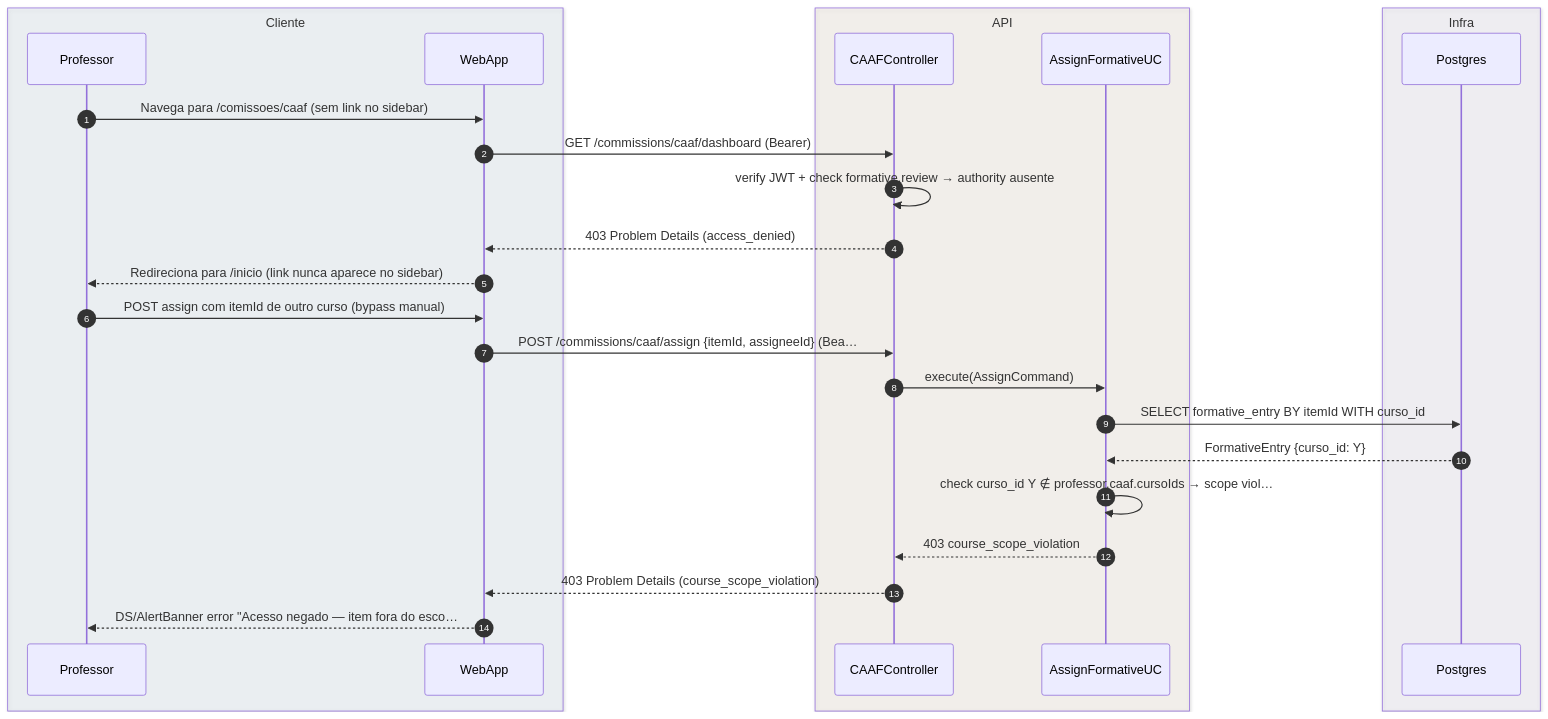
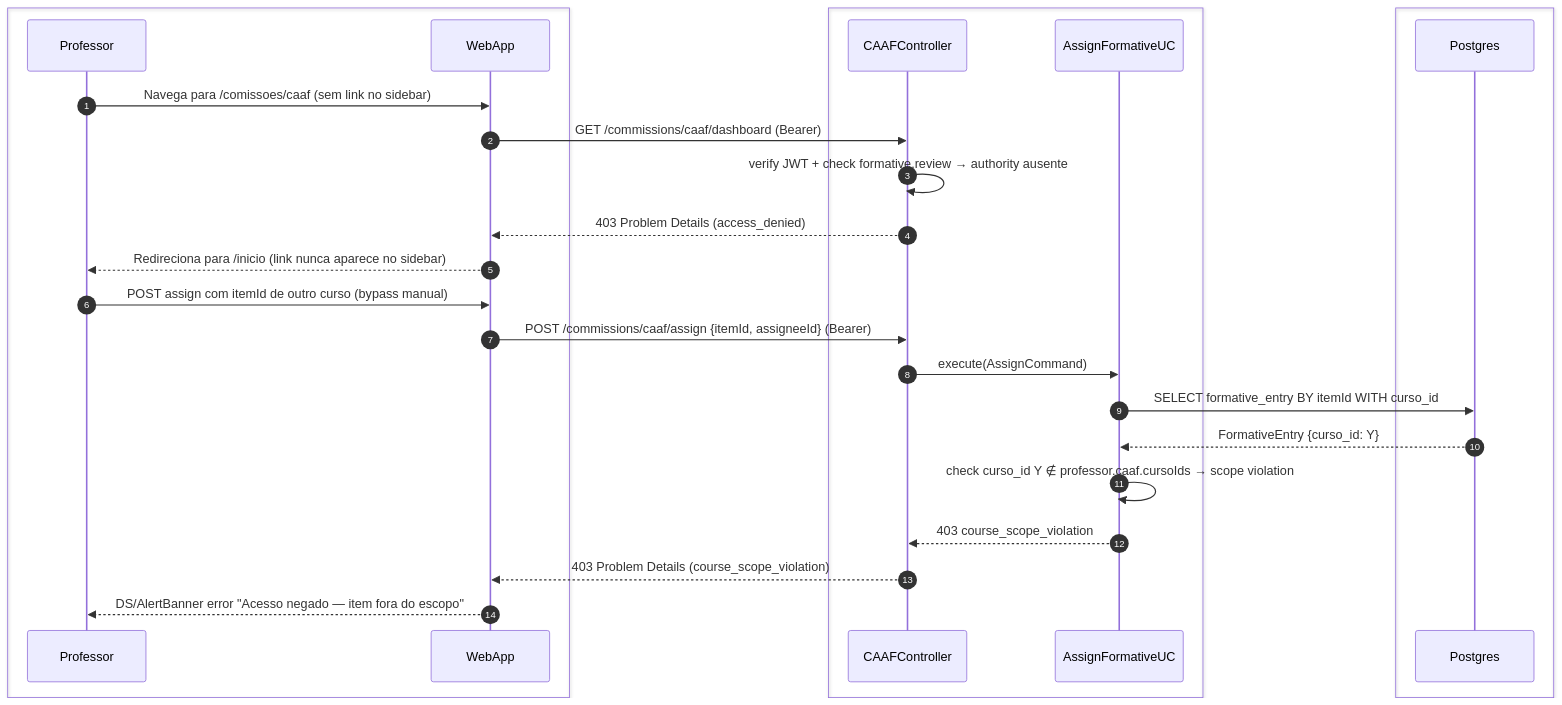
Before and after one commit to umishell/secretariaOnline2: the fifth of 6 diagrams in foundationDocs/sequenceDiagrams/F4 — Comissões/US-F4-001-COMISSAO-CAAF.md, drawn with Mermaid. The commit also changed other lines of this file and 70 other files, not shown here.

First line of the commit message:
Enhance database documentation and introduce new schema files

````diff
--- a/foundationDocs/sequenceDiagrams/F4 — Comissões/US-F4-001-COMISSAO-CAAF.md
+++ b/foundationDocs/sequenceDiagrams/F4 — Comissões/US-F4-001-COMISSAO-CAAF.md
@@ -230,31 +230,31 @@
 ```mermaid
 sequenceDiagram
     autonumber
-    box rgba(230,245,255,0.3) Cliente
+    box #f4f4f4 Cliente
         participant Professor
         participant WebApp
     end
-    box rgba(255,245,230,0.3) API
+    box #f4f4f4 API
         participant CTRL as CAAFController
         participant UC as AssignFormativeUC
     end
-    box rgba(245,240,255,0.3) Infra
+    box #f4f4f4 Infra
         participant DB as Postgres
     end
 
     Professor->>WebApp: Navega para /comissoes/caaf (sem link no sidebar)
     WebApp->>CTRL: GET /commissions/caaf/dashboard (Bearer)
     CTRL->>CTRL: verify JWT + check formative.review → authority ausente
     CTRL-->>WebApp: 403 Problem Details (access_denied)
     WebApp-->>Professor: Redireciona para /inicio (link nunca aparece no sidebar)
 
     Professor->>WebApp: POST assign com itemId de outro curso (bypass manual)
-    WebApp->>CTRL: POST /commissions/caaf/assign {itemId, assigneeId} (Bea…
+    WebApp->>CTRL: POST /commissions/caaf/assign {itemId, assigneeId} (Bearer)
     CTRL->>UC: execute(AssignCommand)
     UC->>DB: SELECT formative_entry BY itemId WITH curso_id
     DB-->>UC: FormativeEntry {curso_id: Y}
-    UC->>UC: check curso_id Y ∉ professor.caaf.cursoIds → scope viol…
+    UC->>UC: check curso_id Y ∉ professor.caaf.cursoIds → scope violation
     UC-->>CTRL: 403 course_scope_violation
     CTRL-->>WebApp: 403 Problem Details (course_scope_violation)
-    WebApp-->>Professor: DS/AlertBanner error "Acesso negado — item fora do esco…
+    WebApp-->>Professor: DS/AlertBanner error "Acesso negado — item fora do escopo"
 ```
````
